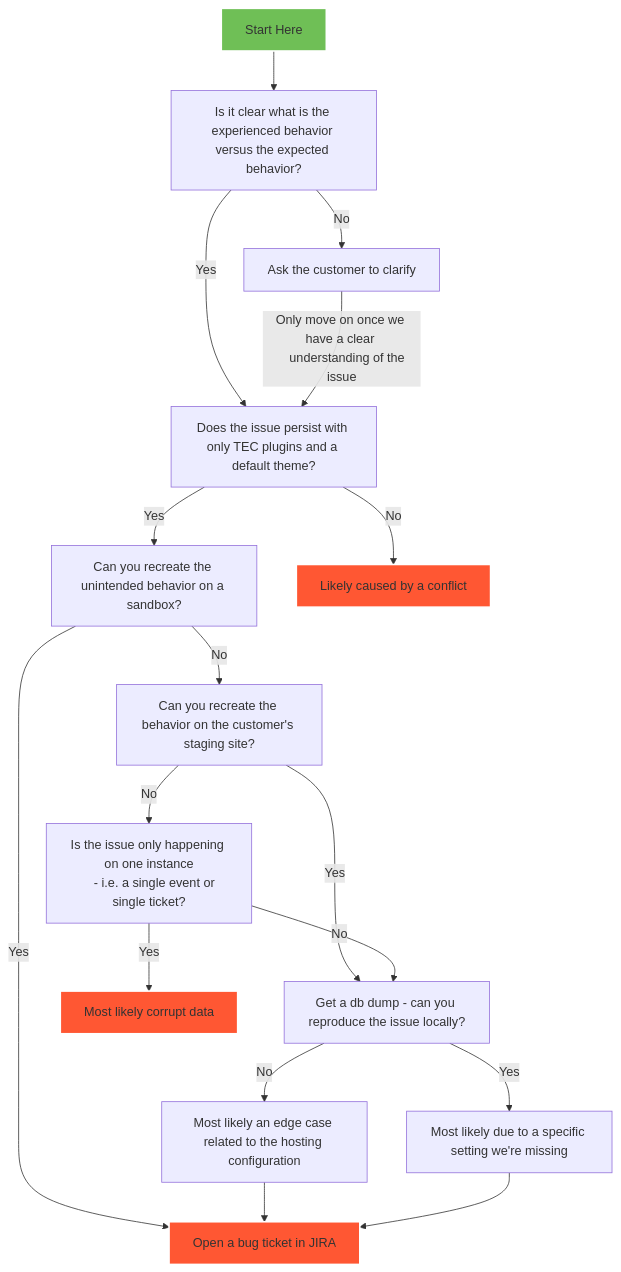
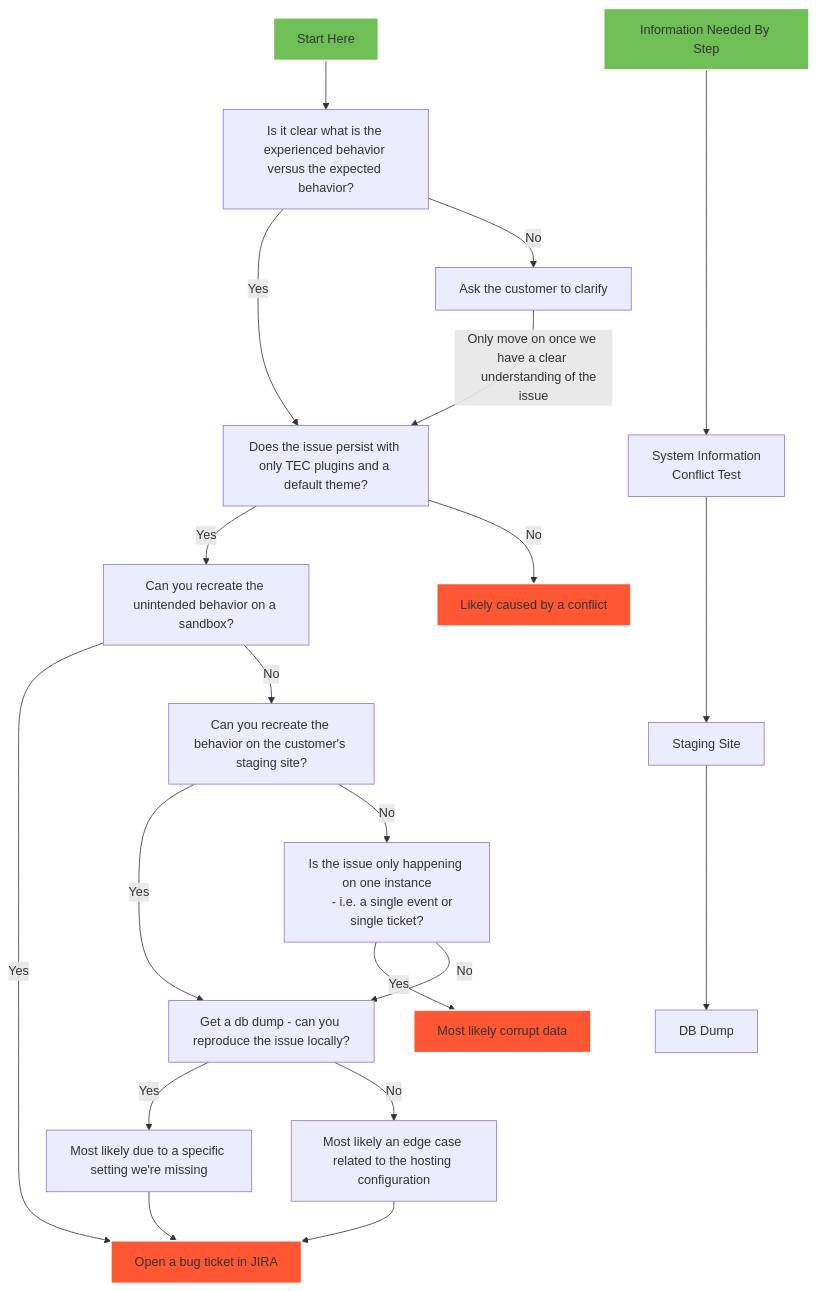
The diagram in support-flowchart.md (sdokus/sdokus-dev-day-concepts), drawn with Mermaid before and after one commit.

Commit message:
Added second graph to visualize information needed for each step

````diff
--- a/support-flowchart.md
+++ b/support-flowchart.md
@@ -3,41 +3,53 @@
 ```mermaid
 graph TD
     A[Start Here]
     A --> B
     B[Is it clear what is the experienced behavior versus the expected behavior?]
     B -->|Yes| C
     B -->|No| D
     C[Does the issue persist with only TEC plugins and a default theme?]
     D[Ask the customer to clarify]
     D -->|Only move on once we have a clear 
     understanding of the issue|C
     C -->|Yes|E
     C -->|No|F
     E[Can you recreate the unintended behavior on a sandbox?]
     F[Likely caused by a conflict]
     E --> |Yes| G
     E --> |No| H
     G[Open a bug ticket in JIRA]
     H[Can you recreate the behavior on the customer's staging site?]
     H -->|Yes| I
     H -->|No| J
     I[Get a db dump - can you reproduce the issue locally?]
     I -->|Yes| N
     I -->|No| M
     M[Most likely an edge case related to the hosting configuration]
     N[Most likely due to a specific setting we're missing]
     M --> G
     N --> G
     J[Is the issue only happening on one instance
     - i.e. a single event or single ticket?]
     J --> |Yes| K
     J --> |No| I
     K[Most likely corrupt data]
     
 style A fill:#6FBF56,stroke:#ffffff,stroke-width:2px;
 style F fill:#FF5733,stroke:#ffffff,stroke-width:2px;
 style K fill:#FF5733,stroke:#ffffff,stroke-width:2px;
 style G fill:#FF5733,stroke:#ffffff,stroke-width:2px;
 
+%% Second Graph - Information Gathering
+    A2[Information Needed By Step]
+    A2 ----> B2
+    B2[
+        System Information
+        Conflict Test
+    ]
+    B2 ---> C2
+    C2[Staging Site]
+    C2 ---> D2
+    D2[DB Dump]
 
+style A2 fill:#6FBF56,stroke:#ffffff,stroke-width:2px;
 ```
````
